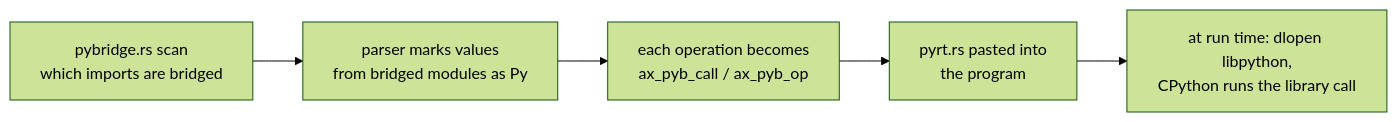
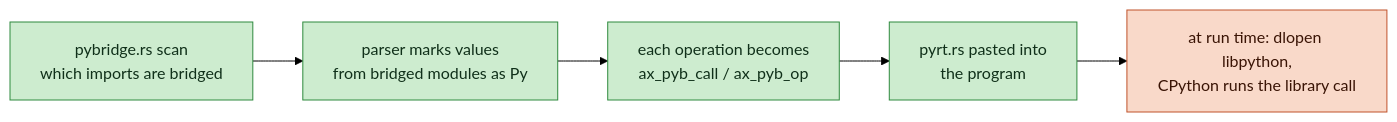
The fifth of 6 diagrams in docs/ARCHITECTURE.md (ets-public/brevi), drawn with Mermaid (forest theme) before and after one commit. The commit also changed other lines of this file, not shown here.

First line of the commit message:
Architecture doc: highlight what runs as Brevi native code

````diff
--- a/docs/ARCHITECTURE.md
+++ b/docs/ARCHITECTURE.md
@@ -143,7 +190,12 @@
 ```mermaid
 flowchart LR
     S["pybridge.rs scan<br/>which imports are bridged"] --> T["parser marks values<br/>from bridged modules as Py"]
     T --> O["each operation becomes<br/>ax_pyb_call / ax_pyb_op"]
     O --> RT["pyrt.rs pasted into<br/>the program"]
     RT --> CP["at run time: dlopen libpython,<br/>CPython runs the library call"]
+    classDef native fill:#cdeccf,stroke:#2f8a3e,color:#10301a
+    classDef mixed fill:#fdf0c2,stroke:#b58a12,color:#3a2a00
+    classDef cpython fill:#f9d9c9,stroke:#c0522b,color:#3a1405
+    class S,T,O,RT native
+    class CP cpython
 ```
````
